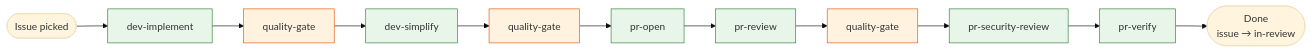
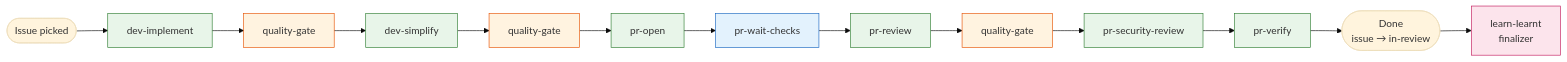
One commit to paulund/ai changed the second of 3 diagrams in docs/development-workflow.md. Above: the diagram before and after it, drawn with Mermaid (base theme). The commit also changed 3 other files, not shown here.

First line of the commit message:
feat: add pr-wait-checks chain step

````diff
--- a/docs/development-workflow.md
+++ b/docs/development-workflow.md
@@ -116,18 +116,24 @@
 ```mermaid
 flowchart LR
     Start([Issue picked]) --> S1
     S1[dev-implement] --> S2[quality-gate]
     S2 --> S3[dev-simplify]
     S3 --> S4[quality-gate]
     S4 --> S5[pr-open]
-    S5 --> S6[pr-review]
+    S5 --> SW[pr-wait-checks]
+    SW --> S6[pr-review]
     S6 --> S7[quality-gate]
     S7 --> S8[pr-security-review]
     S8 --> S9[pr-verify]
     S9 --> Done([Done<br/>issue → in-review])
+    Done --> Fin[learn-learnt<br/>finalizer]
 
     classDef step fill:#e8f5e9,stroke:#2e7d32
     classDef gate fill:#fff3e0,stroke:#e65100
+    classDef wait fill:#e3f2fd,stroke:#1565c0
+    classDef finalizer fill:#fce4ec,stroke:#c2185b
     class S1,S3,S5,S6,S8,S9 step
     class S2,S4,S7 gate
+    class SW wait
+    class Fin finalizer
 ```
````
